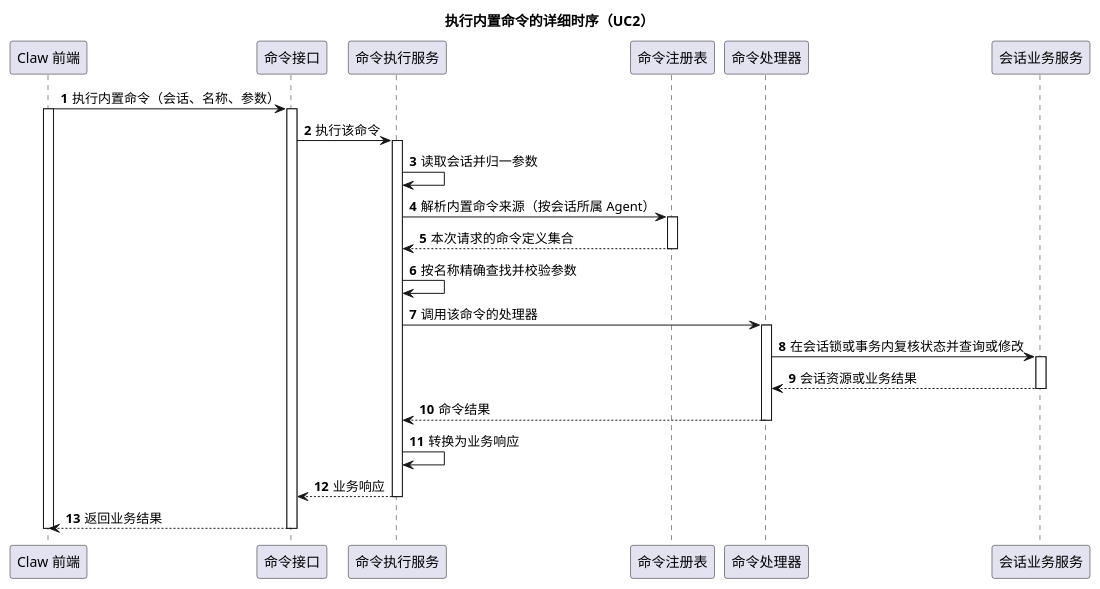
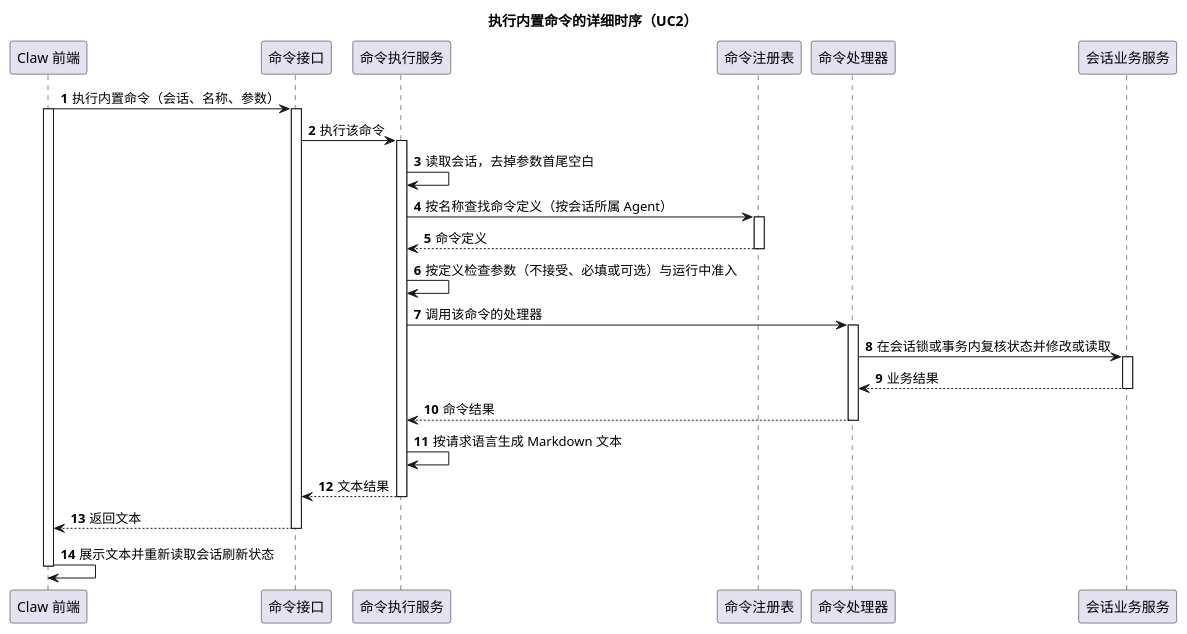
One commit to ssm0808/pi-mono-java-design changed the third of 5 diagrams in 01-总体架构/04-CampusClaw命令系统/diagram.puml. Above: the diagram before and after it, drawn with PlantUML. The commit also changed other lines of this file and 71 other files, not shown here.

```diff
--- a/01-总体架构/04-CampusClaw命令系统/diagram.puml
+++ b/01-总体架构/04-CampusClaw命令系统/diagram.puml
@@ -72,30 +71,32 @@
 @startuml execute_builtin_command
 title 执行内置命令的详细时序（UC2）
-' 源码证据：pi-mono-java@fd431002 modules/coding-agent-cli/src/main/java/com/campusclaw/codingagent/runtimeapi/web/RuntimeCommandController.java execute；同包 service/command/CommandExecutionService.java executeBuiltinAndAwait；service/command/CommandResponseAssembler.java。
-' 已观察行为：Builtin 分支按会话解析仅含内置来源的命令定义，经 Handler 委派窄业务服务，结果转换为 JSON。
-' 设计原因：清单与执行使用同一 Definition 身份；可变状态在所属锁或事务内重新准入，不信任先前清单。
+' 源码证据：pi-mono-java@628dca25 modules/coding-agent-cli/src/main/java/com/campusclaw/codingagent/runtimeapi/web/RuntimeCommandController.java execute；同包 service/command/CommandExecutionService.java executeBuiltinAndAwait/requireAdmission；service/command/CommandResponseAssembler.java。
+' 已观察行为：Builtin 分支按会话解析仅含内置来源的命令定义，参数由各业务服务分别检查，结果为会话资源或按命令区分的 JSON。
+' 设计原因：清单与执行按名称查找同一 Definition；参数在执行入口按定义统一检查；成功只返回文本，状态由调用方读取 Session。
+' 待实现：统一参数检查、按名称查找与本地化文本结果。
 skinparam shadowing false
 autonumber
 participant "Claw 前端" as Web
 participant "命令接口" as Api
 participant "命令执行服务" as Exec
 participant "命令注册表" as Registry
 participant "命令处理器" as Handler
 participant "会话业务服务" as Domain
 
 Web -> Api ++ : 执行内置命令（会话、名称、参数）
 activate Web
 Api -> Exec ++ : 执行该命令
-Exec -> Exec : 读取会话并归一参数
-Exec -> Registry ++ : 解析内置命令来源（按会话所属 Agent）
-return 本次请求的命令定义集合
-Exec -> Exec : 按名称精确查找并校验参数
+Exec -> Exec : 读取会话，去掉参数首尾空白
+Exec -> Registry ++ : 按名称查找命令定义（按会话所属 Agent）
+return 命令定义
+Exec -> Exec : 按定义检查参数（不接受、必填或可选）与运行中准入
 Exec -> Handler ++ : 调用该命令的处理器
-Handler -> Domain ++ : 在会话锁或事务内复核状态并查询或修改
-return 会话资源或业务结果
+Handler -> Domain ++ : 在会话锁或事务内复核状态并修改或读取
+return 业务结果
 return 命令结果
-Exec -> Exec : 转换为业务响应
-return 业务响应
-return 返回业务结果
+Exec -> Exec : 按请求语言生成 Markdown 文本
+return 文本结果
+return 返回文本
+Web -> Web : 展示文本并重新读取会话刷新状态
 deactivate Web
 @enduml
```
